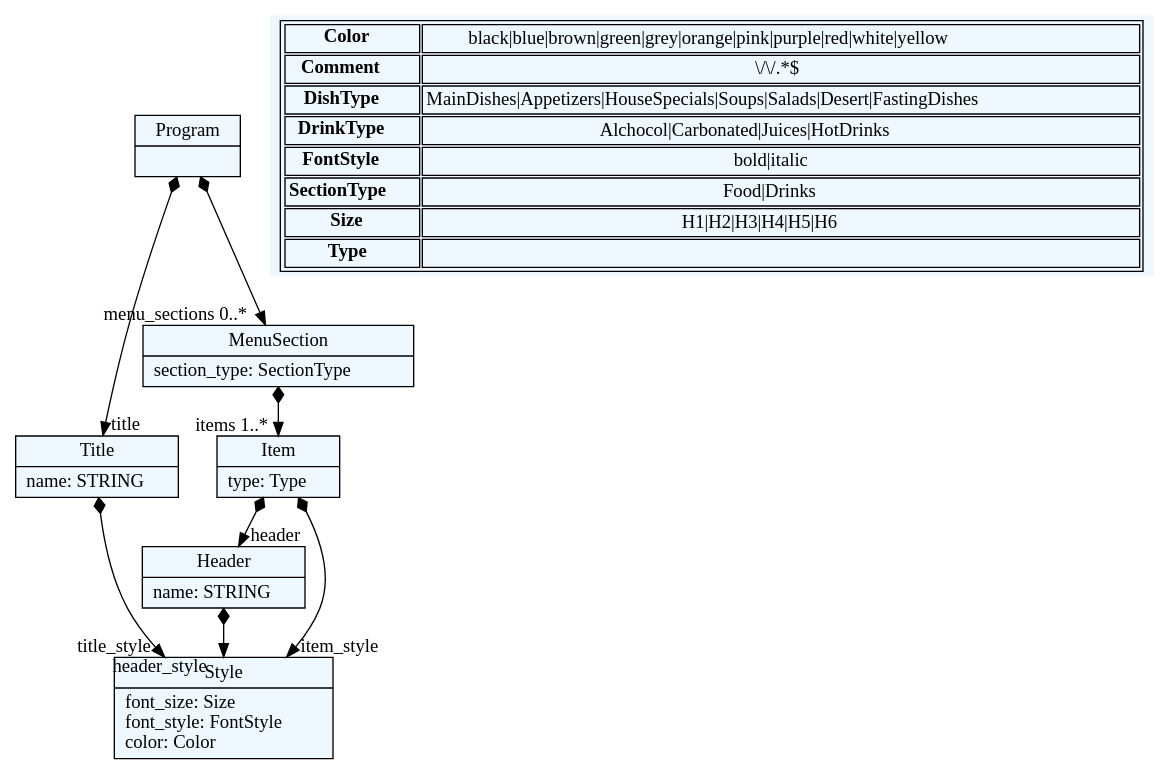
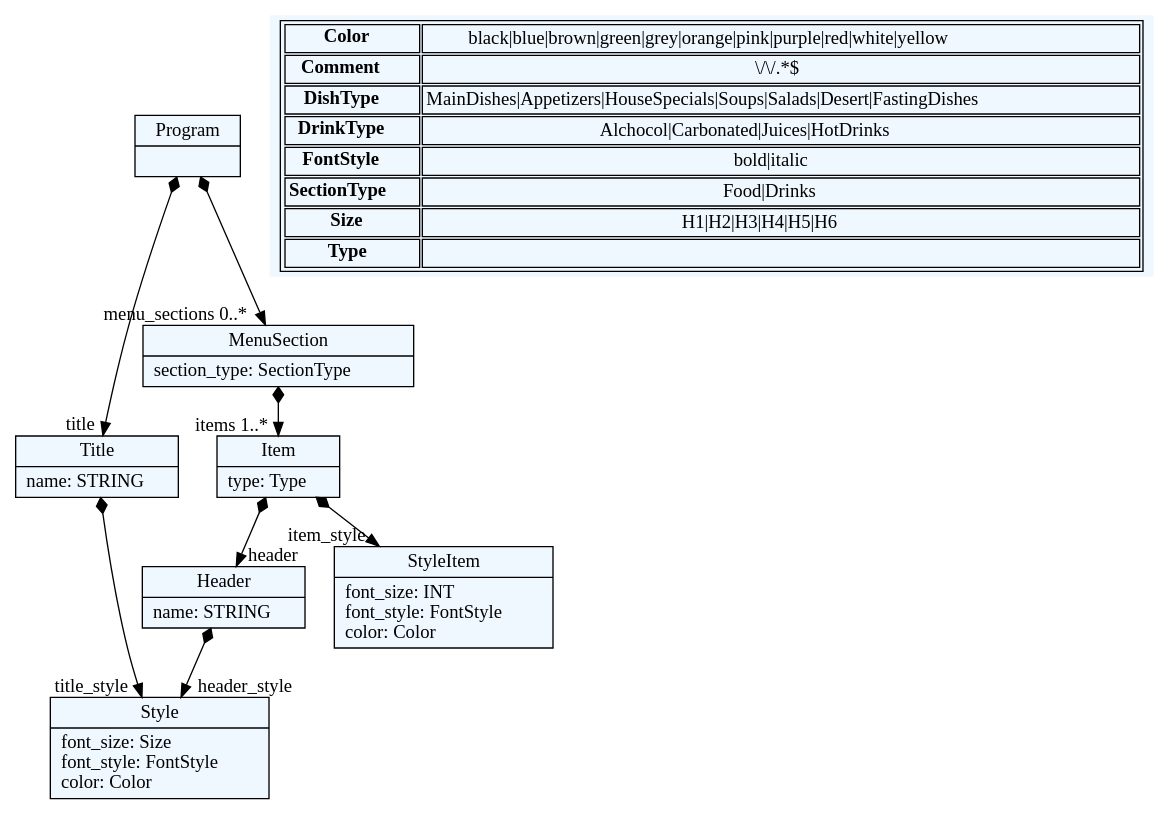
The diagram in menuDSL/menu/menu.dot (marijamilanovic/DSL), drawn with Graphviz before and after one commit. The commit also changed 4 other files, not shown here.

```diff
--- a/menuDSL/menu/menu.dot
+++ b/menuDSL/menu/menu.dot
@@ -1,63 +1,65 @@
 
     digraph textX {
     fontname = "Bitstream Vera Sans"
     fontsize = 8
     node[
         shape=record,
         style=filled,
         fillcolor=aliceblue
     ]
     nodesep = 0.3
     edge[dir=black,arrowtail=empty]
 
 
-1142853112624[ label="{Program|}"]
+2269579908896[ label="{Program|}"]
 
-1142853138112[ label="{Title|name: STRING\l}"]
+2269579915504[ label="{Title|name: STRING\l}"]
 
-1142853162656[ label="{MenuSection|section_type: SectionType\l}"]
+2269579895680[ label="{MenuSection|section_type: SectionType\l}"]
 
-1142853145664[ label="{Item|type: Type\l}"]
+2269579930608[ label="{Item|type: Type\l}"]
 
-1142853159824[ label="{Header|name: STRING\l}"]
+2269579907008[ label="{Header|name: STRING\l}"]
 
-1142853136224[ label="{Style|font_size: Size\lfont_style: FontStyle\lcolor: Color\l}"]
+2269579936272[ label="{Style|font_size: Size\lfont_style: FontStyle\lcolor: Color\l}"]
+
+2269579942880[ label="{StyleItem|font_size: INT\lfont_style: FontStyle\lcolor: Color\l}"]
 
 
 
-1142853112624 -> 1142853138112[arrowtail=diamond, dir=both, headlabel="title "]
-1142853112624 -> 1142853162656[arrowtail=diamond, dir=both, headlabel="menu_sections 0..*"]
-1142853138112 -> 1142853136224[arrowtail=diamond, dir=both, headlabel="title_style "]
-1142853162656 -> 1142853145664[arrowtail=diamond, dir=both, headlabel="items 1..*"]
-1142853145664 -> 1142853159824[arrowtail=diamond, dir=both, headlabel="header "]
-1142853145664 -> 1142853136224[arrowtail=diamond, dir=both, headlabel="item_style "]
-1142853159824 -> 1142853136224[arrowtail=diamond, dir=both, headlabel="header_style "]
+2269579908896 -> 2269579915504[arrowtail=diamond, dir=both, headlabel="title "]
+2269579908896 -> 2269579895680[arrowtail=diamond, dir=both, headlabel="menu_sections 0..*"]
+2269579915504 -> 2269579936272[arrowtail=diamond, dir=both, headlabel="title_style "]
+2269579895680 -> 2269579930608[arrowtail=diamond, dir=both, headlabel="items 1..*"]
+2269579930608 -> 2269579907008[arrowtail=diamond, dir=both, headlabel="header "]
+2269579930608 -> 2269579942880[arrowtail=diamond, dir=both, headlabel="item_style "]
+2269579907008 -> 2269579936272[arrowtail=diamond, dir=both, headlabel="header_style "]
 match_rules [ shape=plaintext, label=< <table>
 	<tr>
 		<td><b>Color</b></td><td>black|blue|brown|green|grey|orange|pink|purple|red|white|yellow</td>
 	</tr>
 	<tr>
 		<td><b>Comment</b></td><td>\/\/.*$</td>
 	</tr>
 	<tr>
 		<td><b>DishType</b></td><td>MainDishes|Appetizers|HouseSpecials|Soups|Salads|Desert|FastingDishes</td>
 	</tr>
 	<tr>
 		<td><b>DrinkType</b></td><td>Alchocol|Carbonated|Juices|HotDrinks</td>
 	</tr>
 	<tr>
 		<td><b>FontStyle</b></td><td>bold|italic</td>
 	</tr>
 	<tr>
 		<td><b>SectionType</b></td><td>Food|Drinks</td>
 	</tr>
 	<tr>
 		<td><b>Size</b></td><td>H1|H2|H3|H4|H5|H6</td>
 	</tr>
 	<tr>
 		<td><b>Type</b></td><td></td>
 	</tr>
 </table> >]
 
 
 }
```
